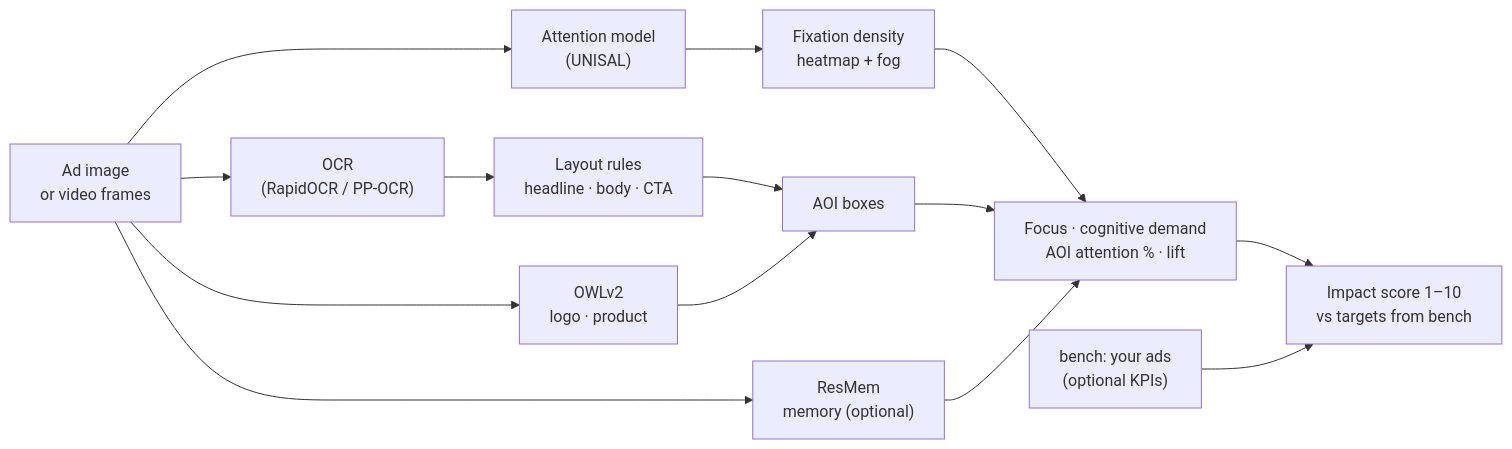
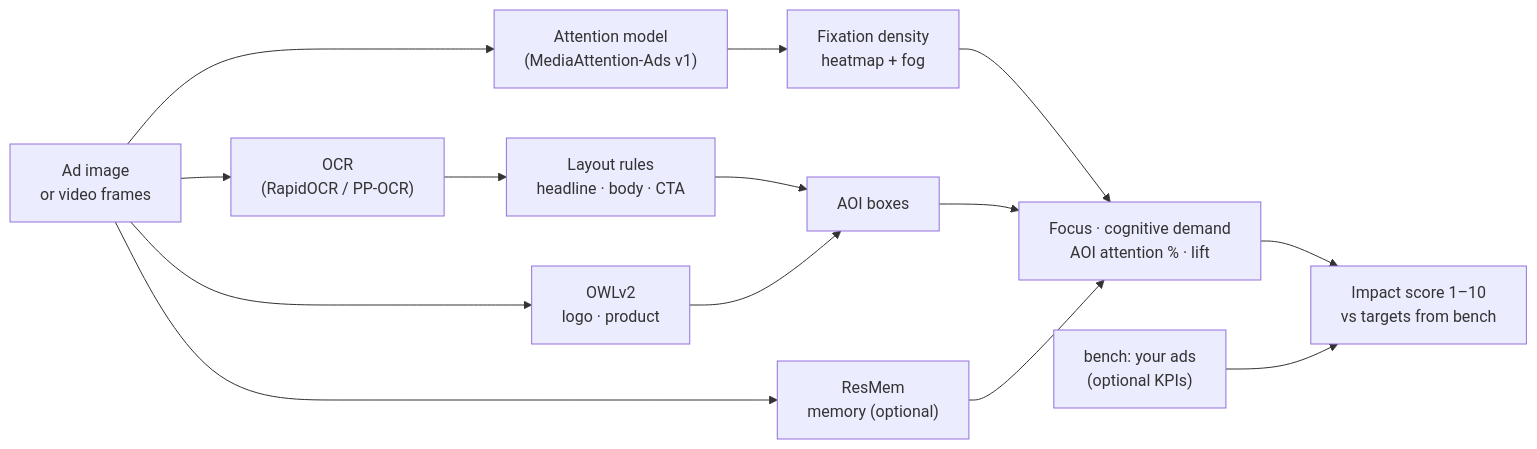
One commit to pranikz/MediaAttention changed the first of 2 diagrams in README.md. Above: the diagram before and after it, drawn with Mermaid. The commit also changed other lines of this file and 29 other files, not shown here.

First line of the commit message:
MediaAttention-Ads v1: our ad-tuned attention model as the image default

````diff
--- a/README.md
+++ b/README.md
@@ -128,14 +130,14 @@
 ```mermaid
 flowchart LR
-  IN["Ad image<br/>or video frames"] --> ATT["Attention model<br/>(UNISAL)"]
+  IN["Ad image<br/>or video frames"] --> ATT["Attention model<br/>(MediaAttention-Ads v1)"]
   ATT --> HEAT["Fixation density<br/>heatmap + fog"]
   IN --> OCR["OCR<br/>(RapidOCR / PP-OCR)"] --> ROLES["Layout rules<br/>headline · body · CTA"]
   IN --> OWL["OWLv2<br/>logo · product"]
   ROLES --> AOI["AOI boxes"]
   OWL --> AOI
   HEAT --> MET["Focus · cognitive demand<br/>AOI attention % · lift"]
   AOI --> MET
   IN --> MEM["ResMem<br/>memory (optional)"] --> MET
   MET --> IMP["Impact score 1–10<br/>vs targets from bench"]
   BENCH["bench: your ads<br/>(optional KPIs)"] --> IMP
 ```
````
